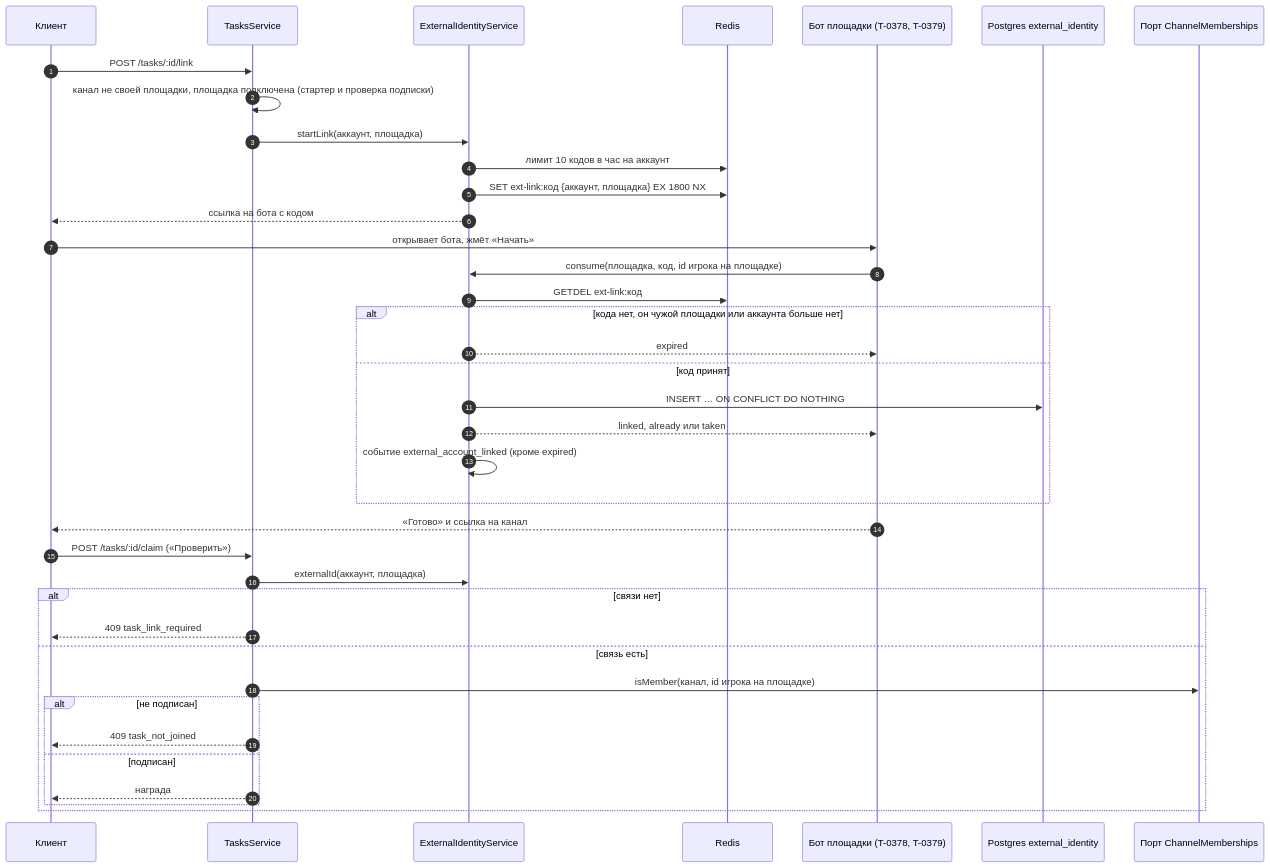
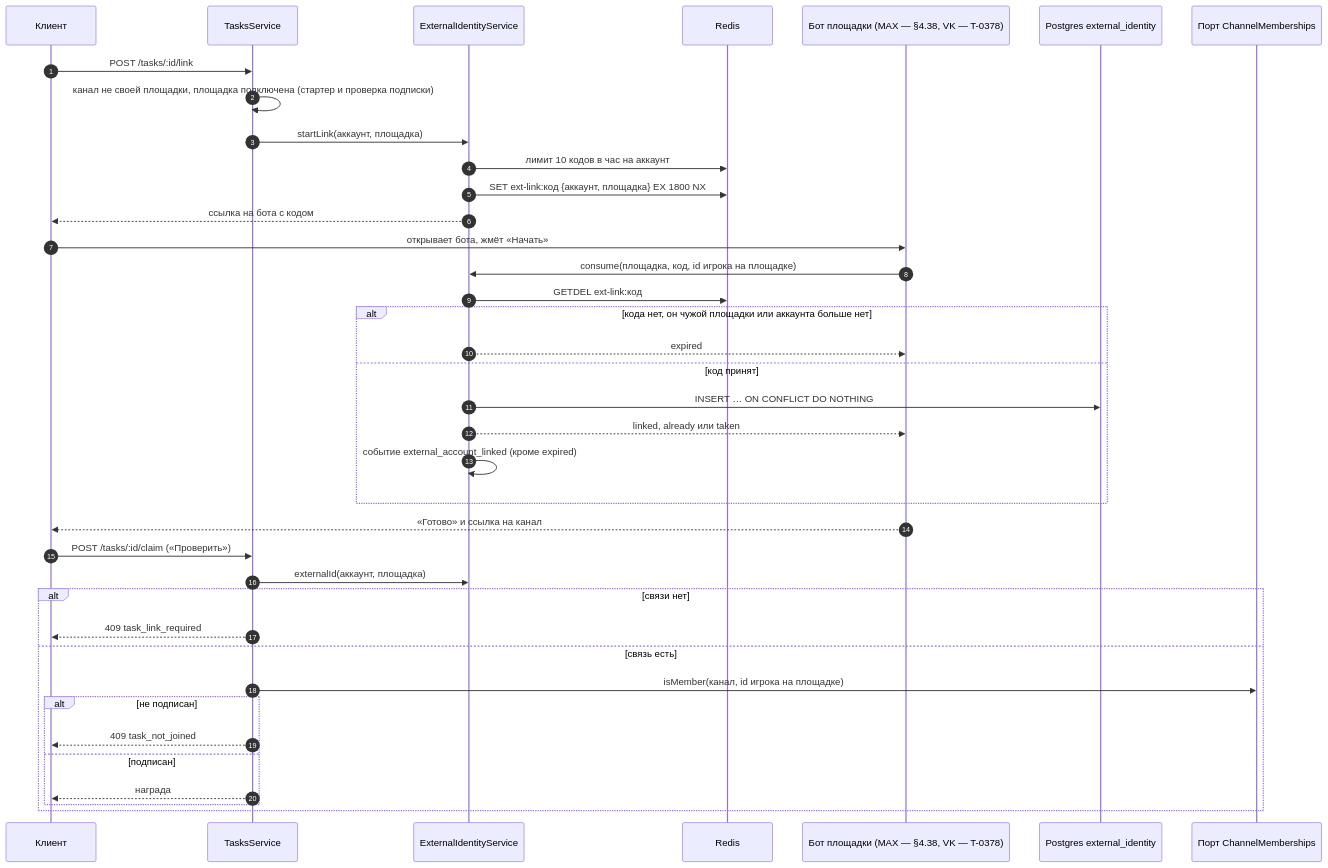
Before and after one commit to JJSGxKD/rubezh: diagram 54 of 57 in docs/21-diagrams.md, drawn with Mermaid. The commit also changed other lines of this file and 3 other files, not shown here.

First line of the commit message:
docs(max): Описать бот MAX в картах настроек, решениях и схемах

````diff
--- a/docs/21-diagrams.md
+++ b/docs/21-diagrams.md
@@ -4781,41 +4788,41 @@
 ```mermaid
 sequenceDiagram
     autonumber
     participant K as Клиент
     participant T as TasksService
     participant I as ExternalIdentityService
     participant R as Redis
-    participant B as Бот площадки (T-0378, T-0379)
+    participant B as Бот площадки (MAX — §4.38, VK — T-0378)
     participant P as Postgres external_identity
     participant M as Порт ChannelMemberships
 
     K->>T: POST /tasks/:id/link
     T->>T: канал не своей площадки, площадка подключена (стартер и проверка подписки)
     T->>I: startLink(аккаунт, площадка)
     I->>R: лимит 10 кодов в час на аккаунт
     I->>R: SET ext-link:код {аккаунт, площадка} EX 1800 NX
     I-->>K: ссылка на бота с кодом
     K->>B: открывает бота, жмёт «Начать»
     B->>I: consume(площадка, код, id игрока на площадке)
     I->>R: GETDEL ext-link:код
     alt кода нет, он чужой площадки или аккаунта больше нет
         I-->>B: expired
     else код принят
         I->>P: INSERT … ON CONFLICT DO NOTHING
         I-->>B: linked, already или taken
         I->>I: событие external_account_linked (кроме expired)
     end
     B-->>K: «Готово» и ссылка на канал
     K->>T: POST /tasks/:id/claim («Проверить»)
     T->>I: externalId(аккаунт, площадка)
     alt связи нет
         T-->>K: 409 task_link_required
     else связь есть
         T->>M: isMember(канал, id игрока на площадке)
         alt не подписан
             T-->>K: 409 task_not_joined
         else подписан
             T-->>K: награда
         end
     end
 ```
````
